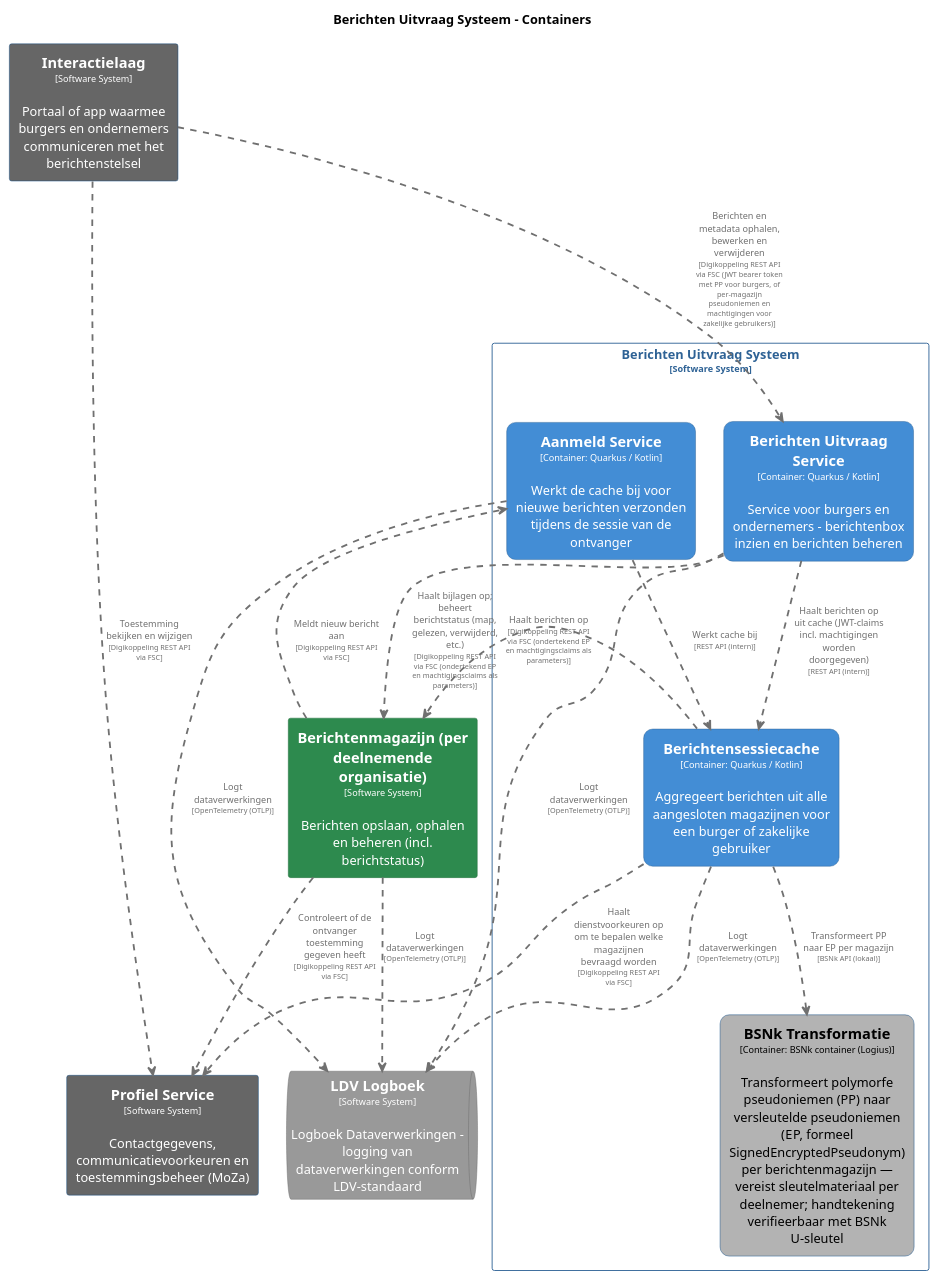
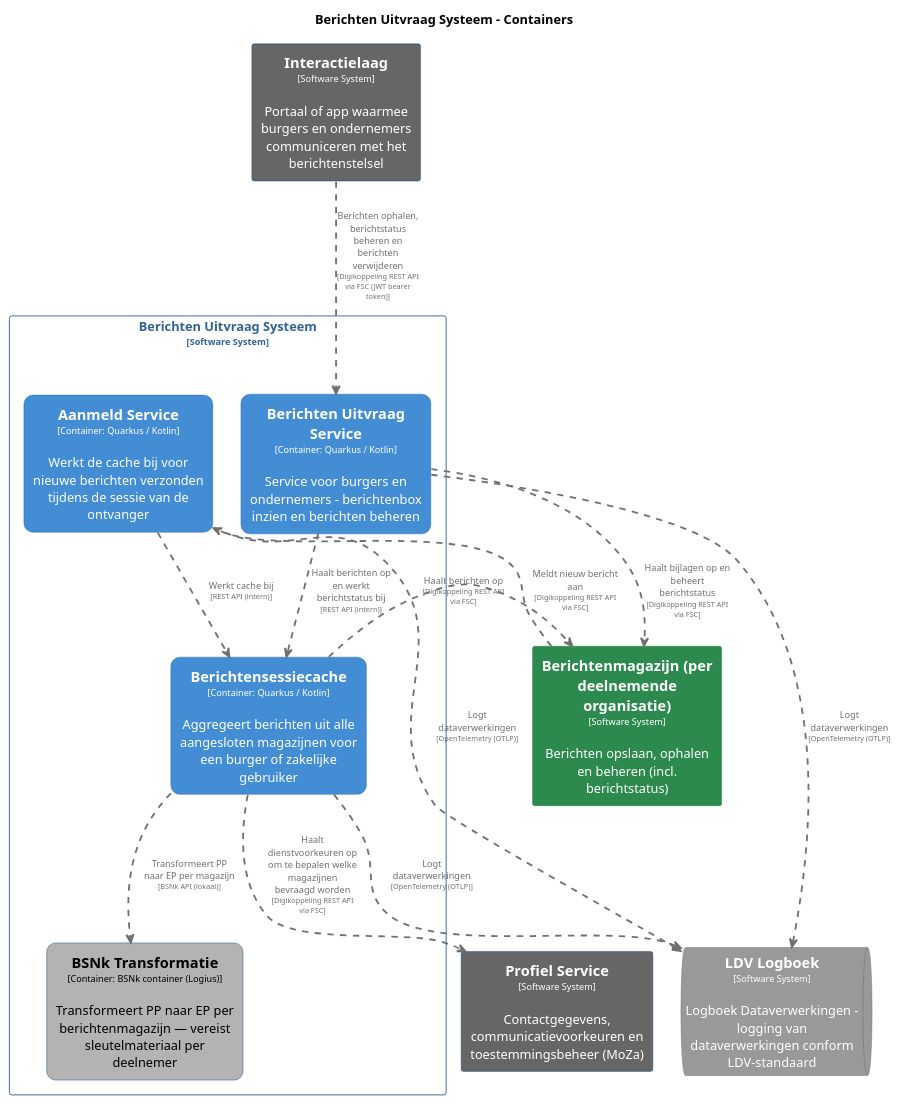
One commit to MinBZK/moza-poc-fbs-berichtenbox changed the diagram in pr-preview/pr-22/master/puml/BerichtenUitvraagSysteemContainers.puml. Above: the diagram before and after it, drawn with PlantUML. The commit also changed 51 other files, not shown here.

```diff
--- a/pr-preview/pr-22/master/puml/BerichtenUitvraagSysteemContainers.puml
+++ b/pr-preview/pr-22/master/puml/BerichtenUitvraagSysteemContainers.puml
@@ -1,102 +1,99 @@
 @startuml
 set separator none
 title Berichten Uitvraag Systeem - Containers
 
 top to bottom direction
 skinparam ranksep 60
 skinparam nodesep 30
 
 skinparam {
   arrowFontSize 10
   defaultTextAlignment center
   wrapWidth 200
   maxMessageSize 100
 }
 
 hide stereotype
 
 skinparam rectangle<<BerichtenUitvraagSysteem.AanmeldService>> {
   BackgroundColor #438dd5
   FontColor #ffffff
   BorderColor #2e6295
   roundCorner 20
   shadowing false
 }
 skinparam rectangle<<BerichtenUitvraagSysteem.BSNkTransformatie>> {
   BackgroundColor #b3b3b3
   FontColor #000000
   BorderColor #0b4884
   roundCorner 20
   shadowing false
 }
 skinparam rectangle<<BerichtenUitvraagSysteem.BerichtenUitvraagService>> {
   BackgroundColor #438dd5
   FontColor #ffffff
   BorderColor #2e6295
   roundCorner 20
   shadowing false
 }
 skinparam rectangle<<Berichtenmagazijnperdeelnemendeorganisatie>> {
   BackgroundColor #2d8a4e
   FontColor #ffffff
   BorderColor #1e6b38
   shadowing false
 }
 skinparam rectangle<<BerichtenUitvraagSysteem.Berichtensessiecache>> {
   BackgroundColor #438dd5
   FontColor #ffffff
   BorderColor #2e6295
   roundCorner 20
   shadowing false
 }
 skinparam rectangle<<Interactielaag>> {
   BackgroundColor #666666
   FontColor #ffffff
   BorderColor #0b4884
   shadowing false
 }
 skinparam queue<<LDVLogboek>> {
   BackgroundColor #999999
   FontColor #ffffff
   BorderColor #6b6b6b
   shadowing false
 }
 skinparam rectangle<<ProfielService>> {
   BackgroundColor #666666
   FontColor #ffffff
   BorderColor #0b4884
   shadowing false
 }
 skinparam rectangle<<BerichtenUitvraagSysteem>> {
   BorderColor #2e6295
   FontColor #2e6295
   shadowing false
 }
 
 rectangle "==Profiel Service\n<size:10>[Software System]</size>\n\nContactgegevens, communicatievoorkeuren en toestemmingsbeheer (MoZa)" <<ProfielService>> as ProfielService
 rectangle "==Interactielaag\n<size:10>[Software System]</size>\n\nPortaal of app waarmee burgers en ondernemers communiceren met het berichtenstelsel" <<Interactielaag>> as Interactielaag
 rectangle "==Berichtenmagazijn (per deelnemende organisatie)\n<size:10>[Software System]</size>\n\nBerichten opslaan, ophalen en beheren (incl. berichtstatus)" <<Berichtenmagazijnperdeelnemendeorganisatie>> as Berichtenmagazijnperdeelnemendeorganisatie
 queue "==LDV Logboek\n<size:10>[Software System]</size>\n\nLogboek Dataverwerkingen - logging van dataverwerkingen conform LDV-standaard" <<LDVLogboek>> as LDVLogboek
 
 rectangle "Berichten Uitvraag Systeem\n<size:10>[Software System]</size>" <<BerichtenUitvraagSysteem>> {
   rectangle "==Berichtensessiecache\n<size:10>[Container: Quarkus / Kotlin]</size>\n\nAggregeert berichten uit alle aangesloten magazijnen voor een burger of zakelijke gebruiker" <<BerichtenUitvraagSysteem.Berichtensessiecache>> as BerichtenUitvraagSysteem.Berichtensessiecache
   rectangle "==Berichten Uitvraag Service\n<size:10>[Container: Quarkus / Kotlin]</size>\n\nService voor burgers en ondernemers - berichtenbox inzien en berichten beheren" <<BerichtenUitvraagSysteem.BerichtenUitvraagService>> as BerichtenUitvraagSysteem.BerichtenUitvraagService
-  rectangle "==BSNk Transformatie\n<size:10>[Container: BSNk container (Logius)]</size>\n\nTransformeert polymorfe pseudoniemen (PP) naar versleutelde pseudoniemen (EP, formeel SignedEncryptedPseudonym) per berichtenmagazijn — vereist sleutelmateriaal per deelnemer; handtekening verifieerbaar met BSNk U-sleutel" <<BerichtenUitvraagSysteem.BSNkTransformatie>> as BerichtenUitvraagSysteem.BSNkTransformatie
+  rectangle "==BSNk Transformatie\n<size:10>[Container: BSNk container (Logius)]</size>\n\nTransformeert PP naar EP per berichtenmagazijn — vereist sleutelmateriaal per deelnemer" <<BerichtenUitvraagSysteem.BSNkTransformatie>> as BerichtenUitvraagSysteem.BSNkTransformatie
   rectangle "==Aanmeld Service\n<size:10>[Container: Quarkus / Kotlin]</size>\n\nWerkt de cache bij voor nieuwe berichten verzonden tijdens de sessie van de ontvanger" <<BerichtenUitvraagSysteem.AanmeldService>> as BerichtenUitvraagSysteem.AanmeldService
 }
 
-Berichtenmagazijnperdeelnemendeorganisatie .[#707070,thickness=2].> ProfielService : "<color:#707070>Controleert of de ontvanger toestemming gegeven heeft\n<color:#707070><size:8>[Digikoppeling REST API via FSC]</size>"
 BerichtenUitvraagSysteem.Berichtensessiecache .[#707070,thickness=2].> ProfielService : "<color:#707070>Haalt dienstvoorkeuren op om te bepalen welke magazijnen bevraagd worden\n<color:#707070><size:8>[Digikoppeling REST API via FSC]</size>"
-BerichtenUitvraagSysteem.Berichtensessiecache .[#707070,thickness=2].> Berichtenmagazijnperdeelnemendeorganisatie : "<color:#707070>Haalt berichten op\n<color:#707070><size:8>[Digikoppeling REST API via FSC (ondertekend EP en machtigingsclaims als parameters)]</size>"
-Berichtenmagazijnperdeelnemendeorganisatie .[#707070,thickness=2].> LDVLogboek : "<color:#707070>Logt dataverwerkingen\n<color:#707070><size:8>[OpenTelemetry (OTLP)]</size>"
+BerichtenUitvraagSysteem.Berichtensessiecache .[#707070,thickness=2].> Berichtenmagazijnperdeelnemendeorganisatie : "<color:#707070>Haalt berichten op\n<color:#707070><size:8>[Digikoppeling REST API via FSC]</size>"
 BerichtenUitvraagSysteem.Berichtensessiecache .[#707070,thickness=2].> LDVLogboek : "<color:#707070>Logt dataverwerkingen\n<color:#707070><size:8>[OpenTelemetry (OTLP)]</size>"
 BerichtenUitvraagSysteem.BerichtenUitvraagService .[#707070,thickness=2].> LDVLogboek : "<color:#707070>Logt dataverwerkingen\n<color:#707070><size:8>[OpenTelemetry (OTLP)]</size>"
 BerichtenUitvraagSysteem.AanmeldService .[#707070,thickness=2].> LDVLogboek : "<color:#707070>Logt dataverwerkingen\n<color:#707070><size:8>[OpenTelemetry (OTLP)]</size>"
 BerichtenUitvraagSysteem.Berichtensessiecache .[#707070,thickness=2].> BerichtenUitvraagSysteem.BSNkTransformatie : "<color:#707070>Transformeert PP naar EP per magazijn\n<color:#707070><size:8>[BSNk API (lokaal)]</size>"
 BerichtenUitvraagSysteem.AanmeldService .[#707070,thickness=2].> BerichtenUitvraagSysteem.Berichtensessiecache : "<color:#707070>Werkt cache bij\n<color:#707070><size:8>[REST API (intern)]</size>"
-BerichtenUitvraagSysteem.BerichtenUitvraagService .[#707070,thickness=2].> BerichtenUitvraagSysteem.Berichtensessiecache : "<color:#707070>Haalt berichten op uit cache (JWT-claims incl. machtigingen worden doorgegeven)\n<color:#707070><size:8>[REST API (intern)]</size>"
-Interactielaag .[#707070,thickness=2].> BerichtenUitvraagSysteem.BerichtenUitvraagService : "<color:#707070>Berichten en metadata ophalen, bewerken en verwijderen\n<color:#707070><size:8>[Digikoppeling REST API via FSC (JWT bearer token met PP voor burgers, of per-magazijn pseudoniemen en machtigingen voor zakelijke gebruikers)]</size>"
-Interactielaag .[#707070,thickness=2].> ProfielService : "<color:#707070>Toestemming bekijken en wijzigen\n<color:#707070><size:8>[Digikoppeling REST API via FSC]</size>"
-BerichtenUitvraagSysteem.BerichtenUitvraagService .[#707070,thickness=2].> Berichtenmagazijnperdeelnemendeorganisatie : "<color:#707070>Haalt bijlagen op; beheert berichtstatus (map, gelezen, verwijderd, etc.)\n<color:#707070><size:8>[Digikoppeling REST API via FSC (ondertekend EP en machtigingsclaims als parameters)]</size>"
+BerichtenUitvraagSysteem.BerichtenUitvraagService .[#707070,thickness=2].> BerichtenUitvraagSysteem.Berichtensessiecache : "<color:#707070>Haalt berichten op en werkt berichtstatus bij\n<color:#707070><size:8>[REST API (intern)]</size>"
+Interactielaag .[#707070,thickness=2].> BerichtenUitvraagSysteem.BerichtenUitvraagService : "<color:#707070>Berichten ophalen, berichtstatus beheren en berichten verwijderen\n<color:#707070><size:8>[Digikoppeling REST API via FSC (JWT bearer token)]</size>"
+BerichtenUitvraagSysteem.BerichtenUitvraagService .[#707070,thickness=2].> Berichtenmagazijnperdeelnemendeorganisatie : "<color:#707070>Haalt bijlagen op en beheert berichtstatus\n<color:#707070><size:8>[Digikoppeling REST API via FSC]</size>"
 Berichtenmagazijnperdeelnemendeorganisatie .[#707070,thickness=2].> BerichtenUitvraagSysteem.AanmeldService : "<color:#707070>Meldt nieuw bericht aan\n<color:#707070><size:8>[Digikoppeling REST API via FSC]</size>"
 @enduml
```
